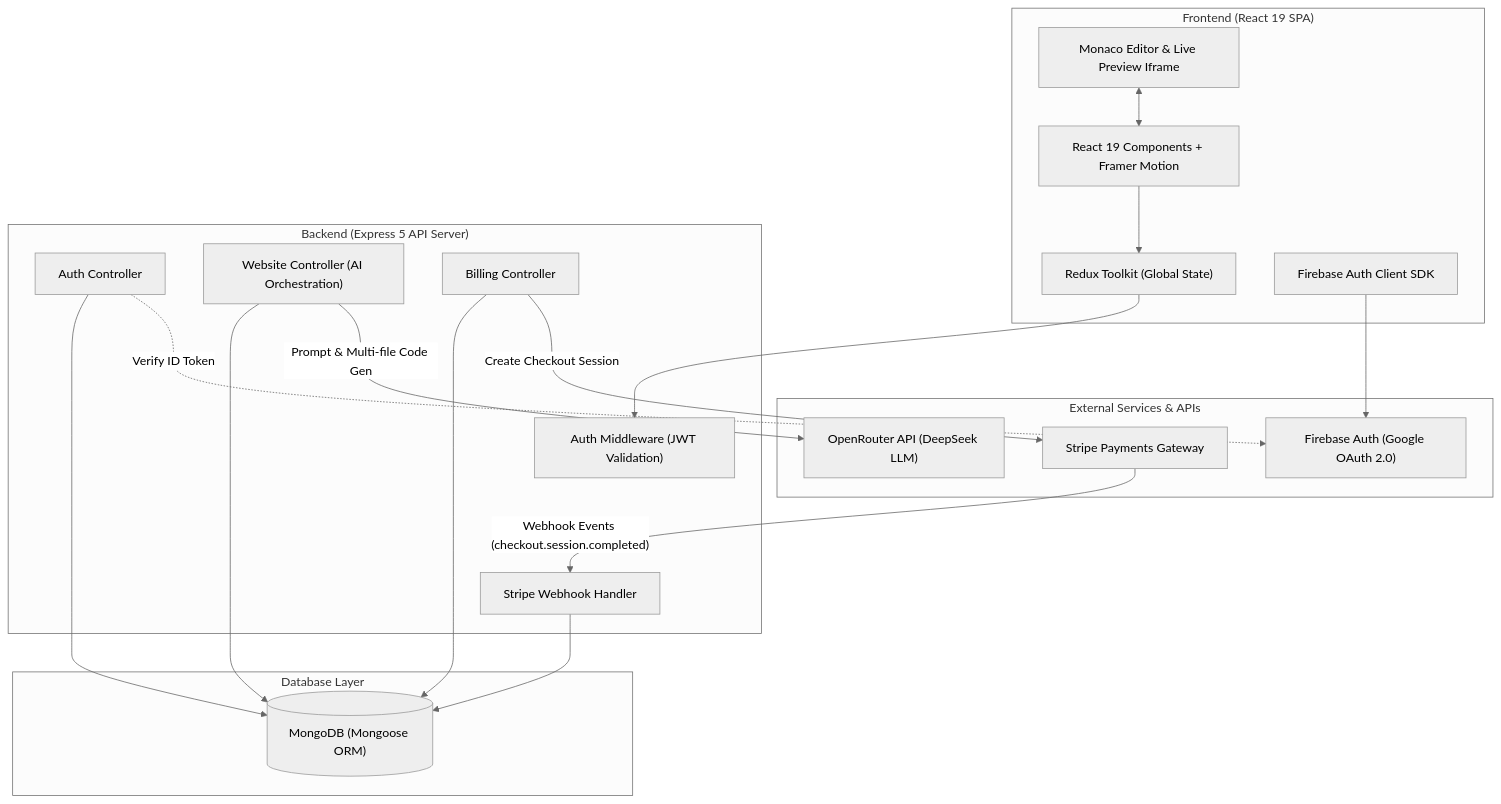
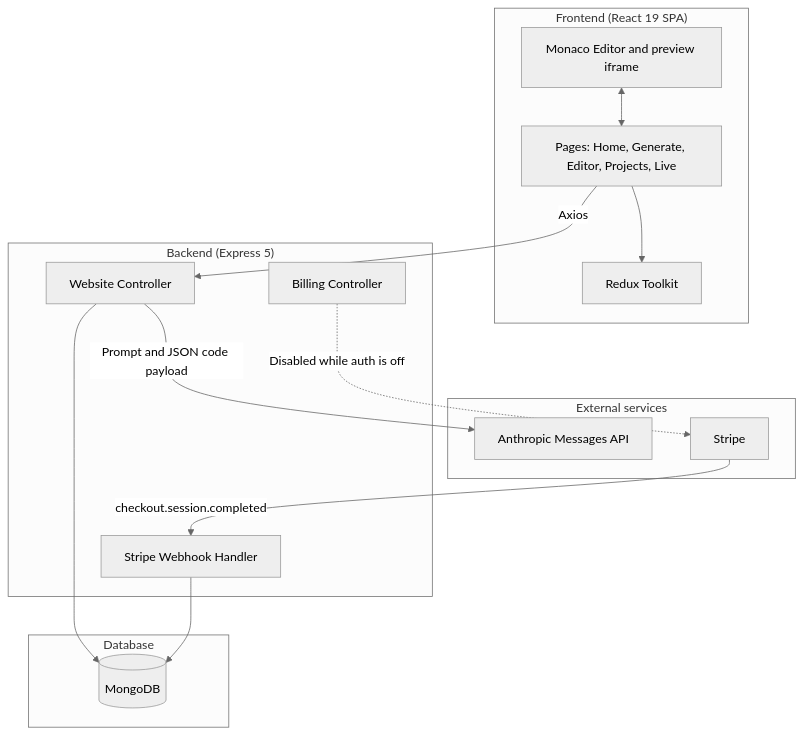
Before and after one commit to sshivanshg/gen-web-ai-main: the first of 3 diagrams in README.md, drawn with Mermaid (neutral theme). The commit also changed other lines of this file and 8 other files, not shown here.

````diff
--- a/README.md
+++ b/README.md
@@ -75,45 +70,32 @@
 ```mermaid
 graph TD
     subgraph Client ["Frontend (React 19 SPA)"]
-        UI["React 19 Components + Framer Motion"]
-        Redux["Redux Toolkit (Global State)"]
-        Monaco["Monaco Editor & Live Preview Iframe"]
-        FirebaseSDK["Firebase Auth Client SDK"]
+        UI["Pages: Home, Generate, Editor, Projects, Live"]
+        Redux["Redux Toolkit"]
+        Monaco["Monaco Editor and preview iframe"]
     end
 
-    subgraph Server ["Backend (Express 5 API Server)"]
-        AuthMW["Auth Middleware (JWT Validation)"]
-        AuthCtrl["Auth Controller"]
-        WebCtrl["Website Controller (AI Orchestration)"]
+    subgraph Server ["Backend (Express 5)"]
+        WebCtrl["Website Controller"]
         BillCtrl["Billing Controller"]
         WebhookCtrl["Stripe Webhook Handler"]
     end
 
-    subgraph Database ["Database Layer"]
-        MongoDB[("MongoDB (Mongoose ORM)")]
+    subgraph Database ["Database"]
+        MongoDB[("MongoDB")]
     end
 
-    subgraph External ["External Services & APIs"]
-        FirebaseAuth["Firebase Auth (Google OAuth 2.0)"]
-        OpenRouter["OpenRouter API (DeepSeek LLM)"]
-        Stripe["Stripe Payments Gateway"]
+    subgraph External ["External services"]
+        Anthropic["Anthropic Messages API"]
+        Stripe["Stripe"]
     end
 
-    %% Client Interactions
     UI --> Redux
-    Redux --> AuthMW
     Monaco <--> UI
-    FirebaseSDK --> FirebaseAuth
-
-    %% Server to DB Interactions
-    AuthCtrl --> MongoDB
+    UI -- Axios --> WebCtrl
     WebCtrl --> MongoDB
-    BillCtrl --> MongoDB
+    WebCtrl -- Prompt and JSON code payload --> Anthropic
+    BillCtrl -. Disabled while auth is off .-> Stripe
+    Stripe -- checkout.session.completed --> WebhookCtrl
     WebhookCtrl --> MongoDB
-
-    %% Server to External Integrations
-    AuthCtrl -. Verify ID Token .-> FirebaseAuth
-    WebCtrl -- Prompt & Multi-file Code Gen --> OpenRouter
-    BillCtrl -- Create Checkout Session --> Stripe
-    Stripe -- Webhook Events (checkout.session.completed) --> WebhookCtrl
 ```
````
